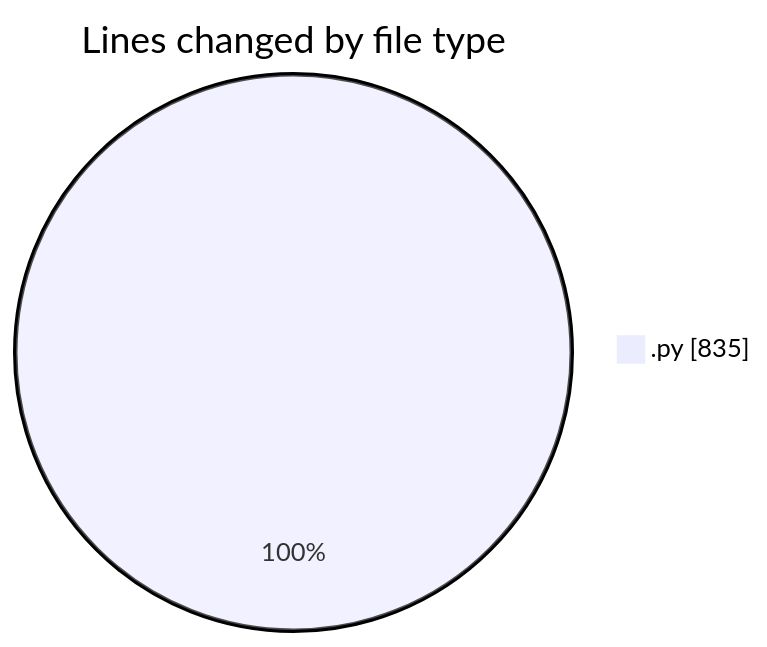
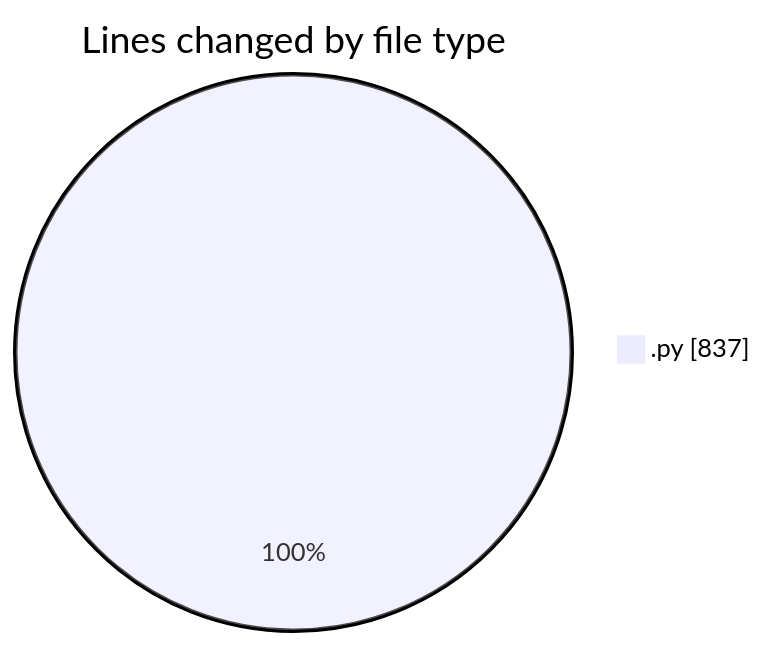
The first of 2 diagrams in 2025-01-12/myws__workspace_/README.md (MatusMokan/code-tracking), drawn with Mermaid before and after one commit. The commit also changed other lines of this file and 1 other file, not shown here.

````diff
--- a/2025-01-12/myws__workspace_/README.md
+++ b/2025-01-12/myws__workspace_/README.md
@@ -22,5 +22,5 @@
 ```mermaid
 pie showData
 title Lines changed by file type
-".py" : 835
+".py" : 837
 ```
````
